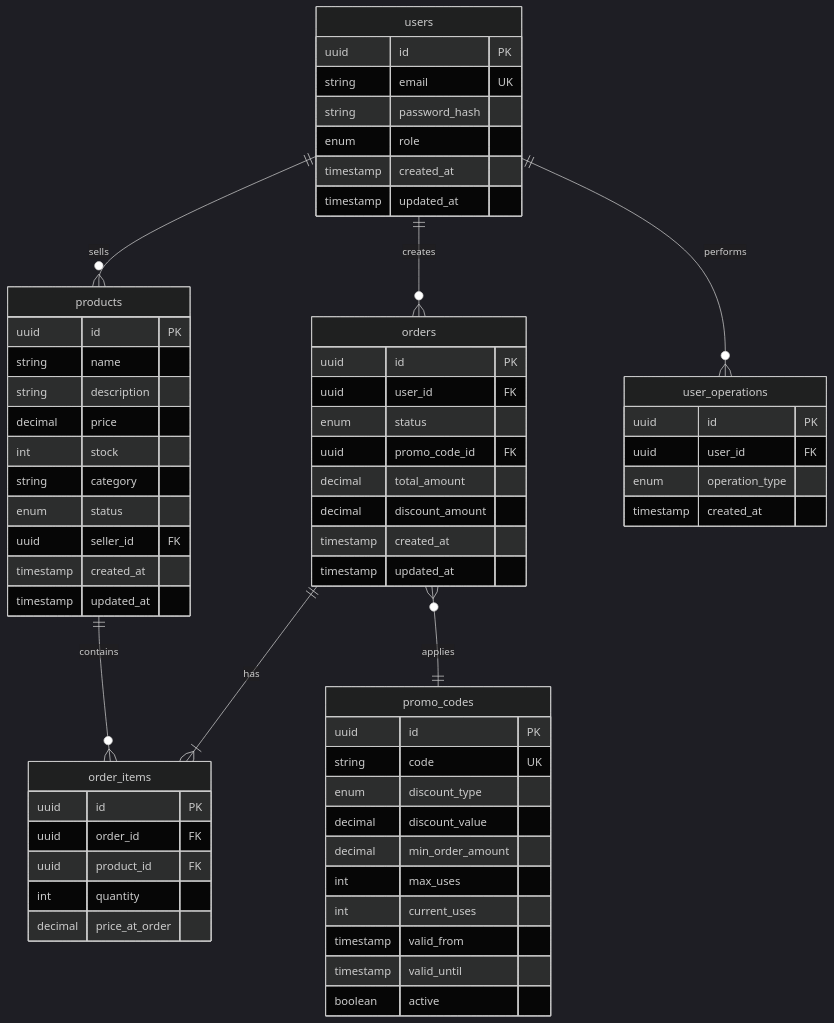
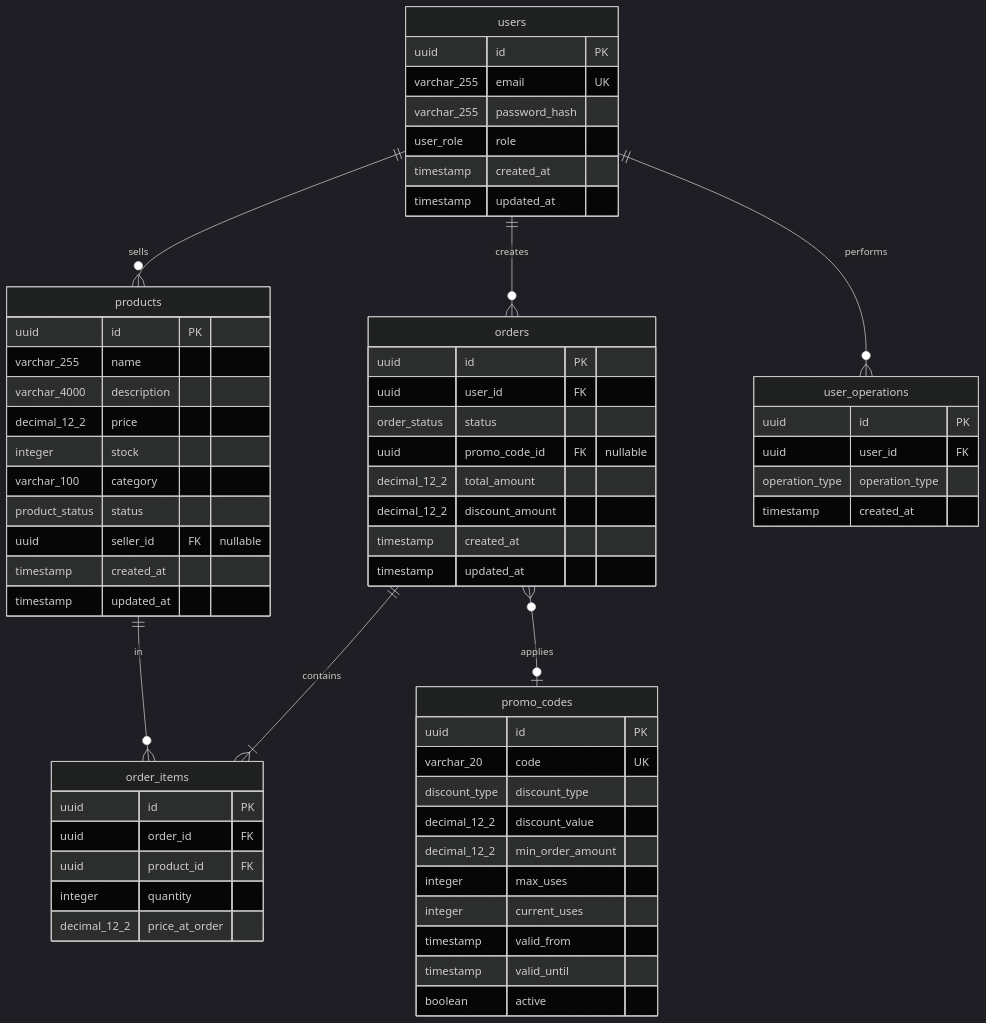
The second of 3 diagrams in README.md (JLeon1d/SOA-hw-2), drawn with Mermaid (dark theme) before and after one commit.

````diff
--- a/README.md
+++ b/README.md
@@ -72,71 +72,71 @@
 ```mermaid
 erDiagram
-    users ||--o{ orders : creates
-    users ||--o{ products : sells
-    users ||--o{ user_operations : performs
+    users ||--o{ orders : "creates"
+    users ||--o{ products : "sells"
+    users ||--o{ user_operations : "performs"
     
-    products ||--o{ order_items : contains
-    orders ||--|{ order_items : has
-    orders }o--|| promo_codes : applies
+    products ||--o{ order_items : "in"
+    orders ||--|{ order_items : "contains"
+    orders }o--o| promo_codes : "applies"
     
     users {
         uuid id PK
-        string email UK
-        string password_hash
-        enum role
+        varchar_255 email UK
+        varchar_255 password_hash
+        user_role role
         timestamp created_at
         timestamp updated_at
     }
     
     products {
         uuid id PK
-        string name
-        string description
-        decimal price
-        int stock
-        string category
-        enum status
-        uuid seller_id FK
+        varchar_255 name
+        varchar_4000 description
+        decimal_12_2 price
+        integer stock
+        varchar_100 category
+        product_status status
+        uuid seller_id FK "nullable"
         timestamp created_at
         timestamp updated_at
     }
     
     orders {
         uuid id PK
         uuid user_id FK
-        enum status
-        uuid promo_code_id FK
-        decimal total_amount
-        decimal discount_amount
+        order_status status
+        uuid promo_code_id FK "nullable"
+        decimal_12_2 total_amount
+        decimal_12_2 discount_amount
         timestamp created_at
         timestamp updated_at
     }
     
     order_items {
         uuid id PK
         uuid order_id FK
         uuid product_id FK
-        int quantity
-        decimal price_at_order
+        integer quantity
+        decimal_12_2 price_at_order
     }
     
     promo_codes {
         uuid id PK
-        string code UK
-        enum discount_type
-        decimal discount_value
-        decimal min_order_amount
-        int max_uses
-        int current_uses
+        varchar_20 code UK
+        discount_type discount_type
+        decimal_12_2 discount_value
+        decimal_12_2 min_order_amount
+        integer max_uses
+        integer current_uses
         timestamp valid_from
         timestamp valid_until
         boolean active
     }
     
     user_operations {
         uuid id PK
         uuid user_id FK
-        enum operation_type
+        operation_type operation_type
         timestamp created_at
     }
 ```
````
